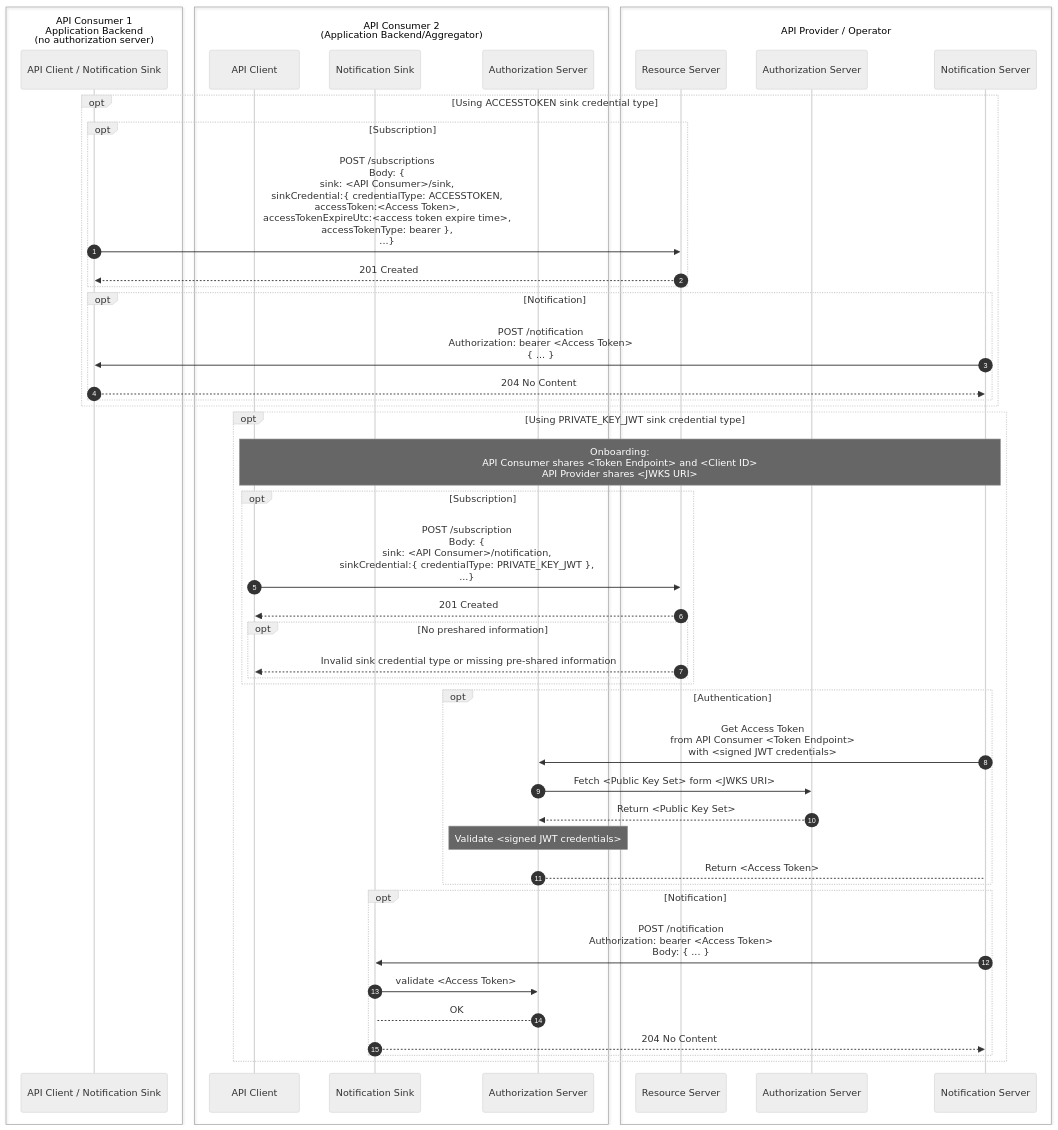
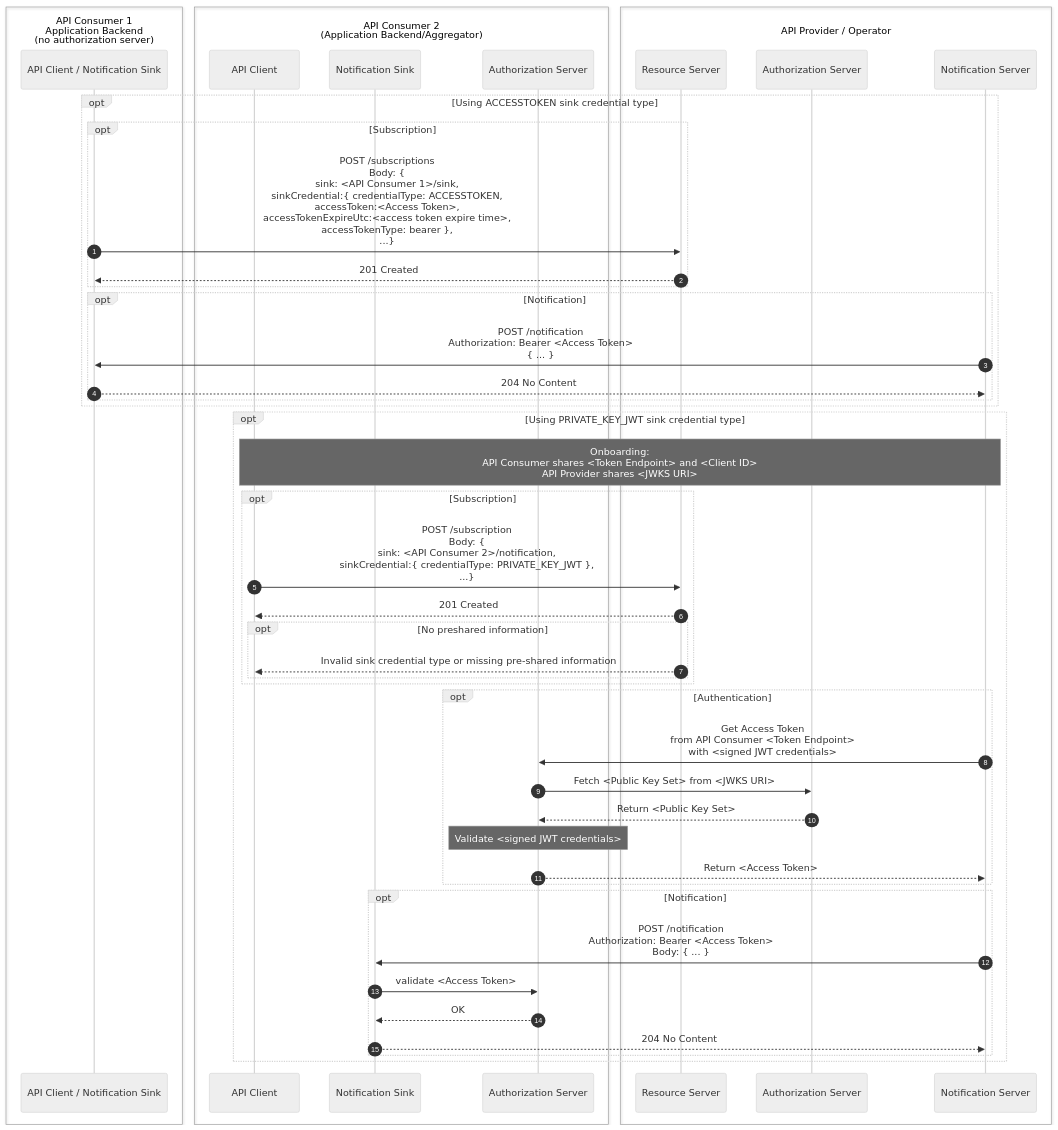
One commit to camaraproject/Commonalities changed the diagram in documentation/CAMARA-API-Event-Subscription-and-Notification-Guide.md. Above: the diagram before and after it, drawn with Mermaid (neutral theme). The commit also changed other lines of this file, not shown here.

Commit message:
Apply suggestions from code review

````diff
--- a/documentation/CAMARA-API-Event-Subscription-and-Notification-Guide.md
+++ b/documentation/CAMARA-API-Event-Subscription-and-Notification-Guide.md
@@ -638,54 +638,54 @@
 ```mermaid
 sequenceDiagram
   autonumber
   box API Consumer 1<br>Application Backend<br>(no authorization server)
     participant appbe as API Client / Notification Sink
   end
   box API Consumer 2<br>(Application Backend/Aggregator)
     participant appclient as API Client 
     participant appres as Notification Sink 
     participant appauth as Authorization Server
   end
   box API Provider / Operator
     participant cspres as Resource Server
     participant cspauth as Authorization Server
     participant cspclient as Notification Server
   end
 
    
   opt Using ACCESSTOKEN sink credential type
     opt Subscription
-      appbe ->> cspres: POST /subscriptions<br>Body: {<br>sink: <API Consumer>/sink,<br>sinkCredential:{ credentialType: ACCESSTOKEN,<br>accessToken:<Access Token>,<br>accessTokenExpireUtc:<access token expire time>,<br>accessTokenType: bearer },<br>...}
+      appbe ->> cspres: POST /subscriptions<br>Body: {<br>sink: <API Consumer 1>/sink,<br>sinkCredential:{ credentialType: ACCESSTOKEN,<br>accessToken:<Access Token>,<br>accessTokenExpireUtc:<access token expire time>,<br>accessTokenType: bearer },<br>...}
       cspres -->> appbe: 201 Created
     end
     opt Notification
-      cspclient ->> appbe: POST /notification<br>Authorization: bearer <Access Token><br>{ ... }
+      cspclient ->> appbe: POST /notification<br>Authorization: Bearer <Access Token><br>{ ... }
       appbe -->> cspclient: 204 No Content
     end
   end
 
   opt Using PRIVATE_KEY_JWT sink credential type
     note over appclient,cspclient: Onboarding: <br> API Consumer shares <Token Endpoint> and <Client ID><br>API Provider shares <JWKS URI>
     opt Subscription
-      appclient ->> cspres: POST /subscription<br>Body: {<br>sink: <API Consumer>/notification,<br>sinkCredential:{ credentialType: PRIVATE_KEY_JWT },<br>...}
+      appclient ->> cspres: POST /subscription<br>Body: {<br>sink: <API Consumer 2>/notification,<br>sinkCredential:{ credentialType: PRIVATE_KEY_JWT },<br>...}
       cspres -->> appclient: 201 Created
       opt No preshared information
       cspres -->> appclient: Invalid sink credential type or missing pre-shared information 
       end
     end
     opt Authentication
       cspclient->>appauth: Get Access Token<br>from API Consumer <Token Endpoint><br>with <signed JWT credentials>
-      appauth->>cspauth: Fetch <Public Key Set> form <JWKS URI>
+      appauth->>cspauth: Fetch <Public Key Set> from <JWKS URI>
       cspauth-->>appauth: Return <Public Key Set>
       note over appauth: Validate <signed JWT credentials>
-      appauth-->cspclient: Return <Access Token>
+      appauth-->>cspclient: Return <Access Token>
     end
 
     opt Notification
-      cspclient ->> appres: POST /notification<br>Authorization: bearer <Access Token><br>Body: { ... }
+      cspclient ->> appres: POST /notification<br>Authorization: Bearer <Access Token><br>Body: { ... }
       appres->>appauth: validate <Access Token>
-      appauth-->appres: OK
+      appauth-->>appres: OK
       appres -->> cspclient: 204 No Content
     end
   end
 ```
````
